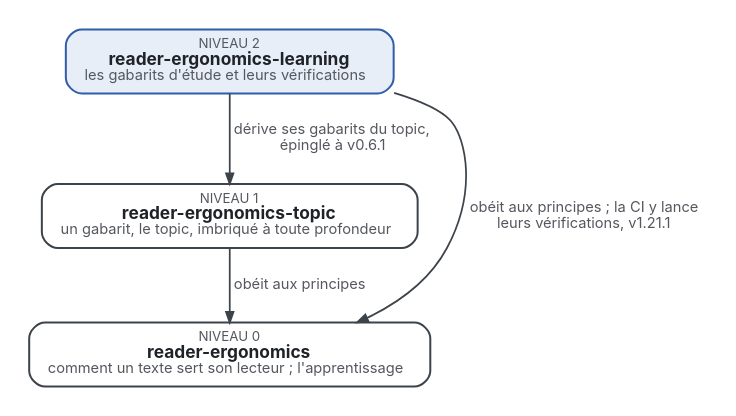
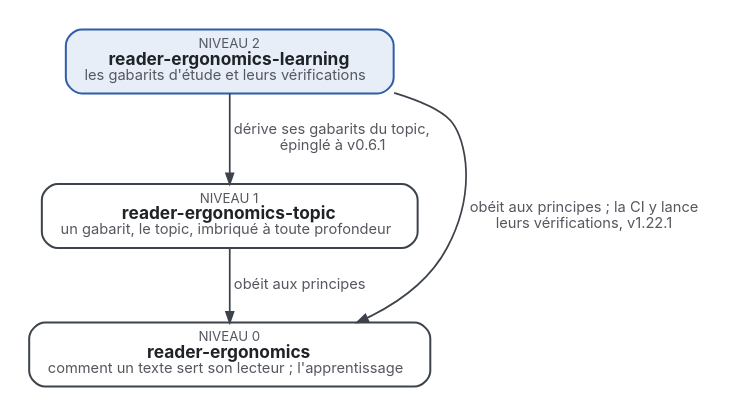
The diagram in where-it-sits.fr.dot (Tewf/reader-ergonomics-learning), drawn with Graphviz before and after one commit. The commit also changed 33 other files, not shown here.

```diff
--- a/where-it-sits.fr.dot
+++ b/where-it-sits.fr.dot
@@ -1,11 +1,11 @@
 digraph niveaux {
   graph [rankdir=TB, nodesep=0.6, ranksep=0.6, bgcolor="white", pad=0.2, fontname="Inter"];
   node  [shape=box, style="rounded,filled", fontname="Inter", fontsize=13, margin="0.2,0.1", penwidth=1.5, fontcolor="#1F2328"];
   edge  [fontname="Inter", fontsize=11, color="#3D434B", fontcolor="#55575F", penwidth=1.3, arrowsize=0.8];
   L [label=<<font point-size="10" color="#55575F">NIVEAU 2</font><br/><b>reader-ergonomics-learning</b><br/><font point-size="11" color="#55575F">les gabarits d'étude et leurs vérifications</font>>, fillcolor="#E8EEF8", color="#2F5DA8"];
   T [label=<<font point-size="10" color="#55575F">NIVEAU 1</font><br/><b>reader-ergonomics-topic</b><br/><font point-size="11" color="#55575F">un gabarit, le topic, imbriqué à toute profondeur</font>>, fillcolor="#FFFFFF", color="#3D434B"];
   R [label=<<font point-size="10" color="#55575F">NIVEAU 0</font><br/><b>reader-ergonomics</b><br/><font point-size="11" color="#55575F">comment un texte sert son lecteur ; l'apprentissage</font>>, fillcolor="#FFFFFF", color="#3D434B"];
   L -> T [label=<  dérive ses gabarits du topic,<br/>  épinglé à v0.6.1>];
   T -> R [label=<  obéit aux principes>];
-  L -> R [label=<  obéit aux principes ; la CI y lance<br/>  leurs vérifications, v1.21.1>, constraint=false];
+  L -> R [label=<  obéit aux principes ; la CI y lance<br/>  leurs vérifications, v1.22.1>, constraint=false];
 }
```
